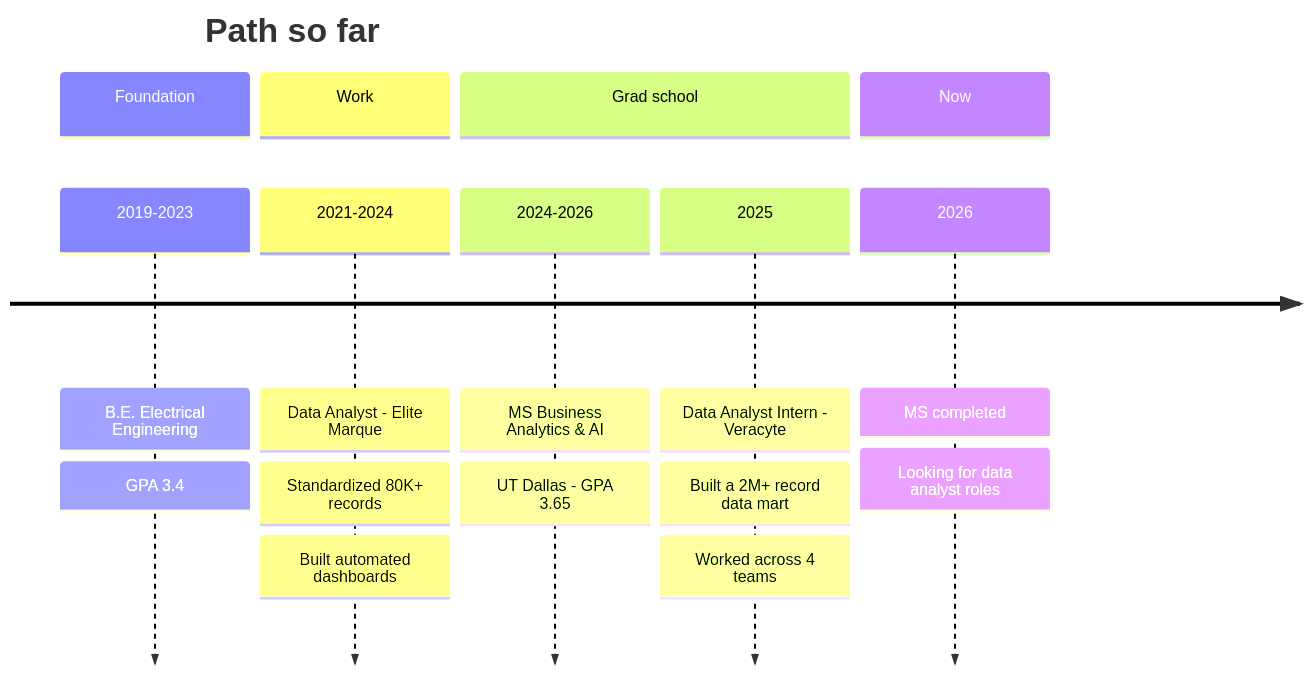
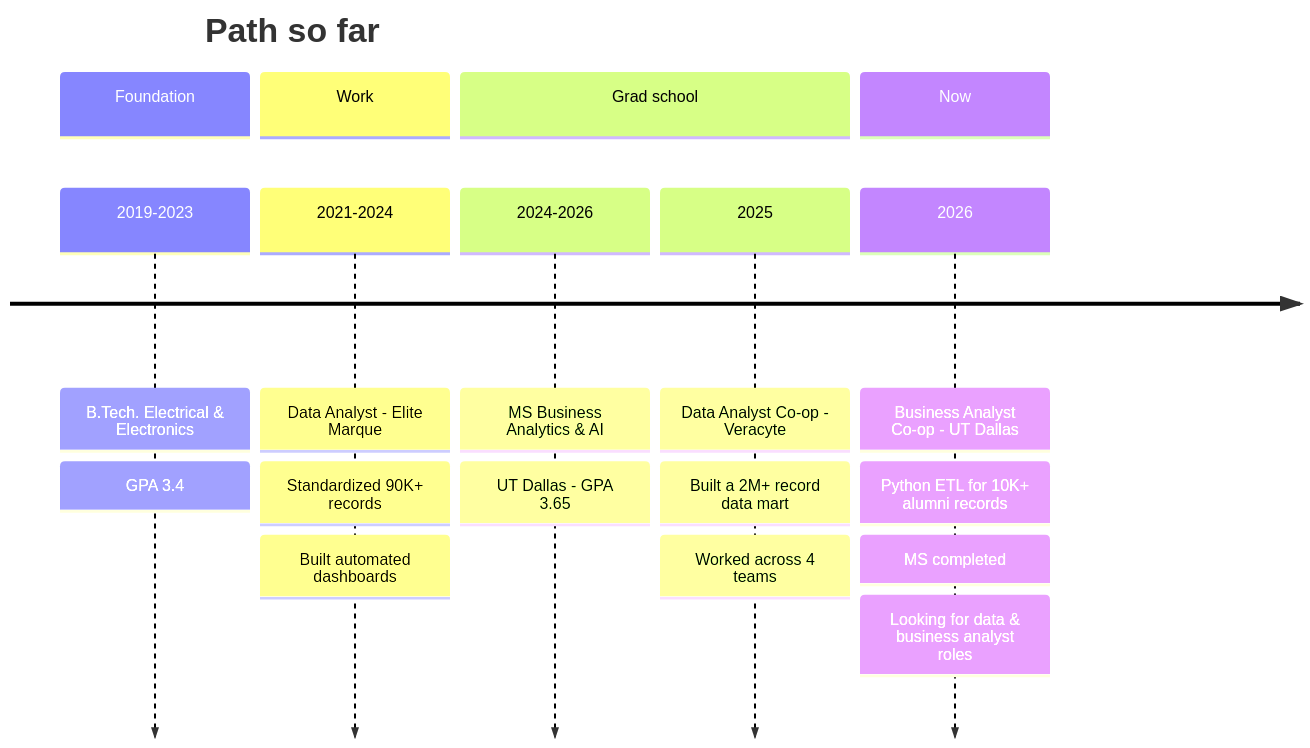
One commit to Pranav0520/Pranav0520 changed the second of 3 diagrams in README.md. Above: the diagram before and after it, drawn with Mermaid. The commit also changed other lines of this file, not shown here.

````diff
--- a/README.md
+++ b/README.md
@@ -67,20 +67,22 @@
 ```mermaid
 timeline
     title Path so far
     section Foundation
-    2019-2023 : B.E. Electrical Engineering
+    2019-2023 : B.Tech. Electrical & Electronics
               : GPA 3.4
     section Work
     2021-2024 : Data Analyst - Elite Marque
-              : Standardized 80K+ records
+              : Standardized 90K+ records
               : Built automated dashboards
     section Grad school
     2024-2026 : MS Business Analytics & AI
               : UT Dallas - GPA 3.65
-    2025 : Data Analyst Intern - Veracyte
+    2025 : Data Analyst Co-op - Veracyte
          : Built a 2M+ record data mart
          : Worked across 4 teams
     section Now
-    2026 : MS completed
-         : Looking for data analyst roles
+    2026 : Business Analyst Co-op - UT Dallas
+         : Python ETL for 10K+ alumni records
+         : MS completed
+         : Looking for data & business analyst roles
 ```
````
